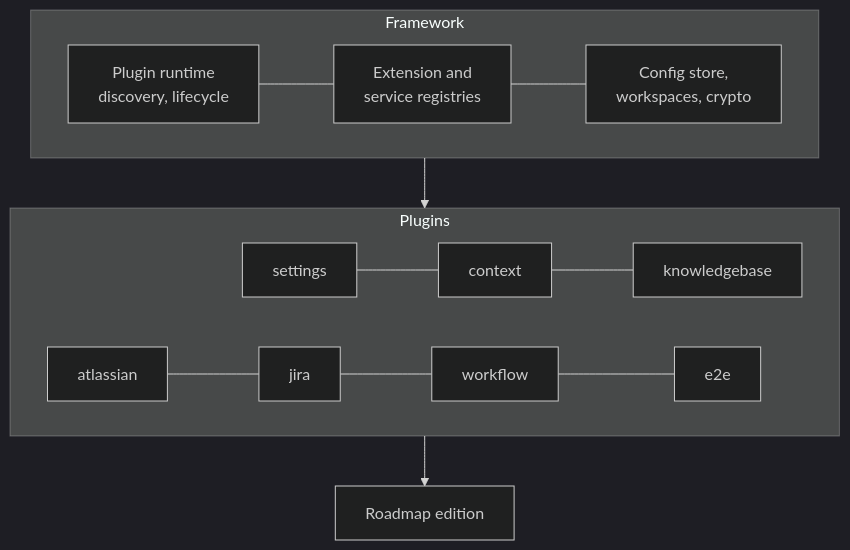
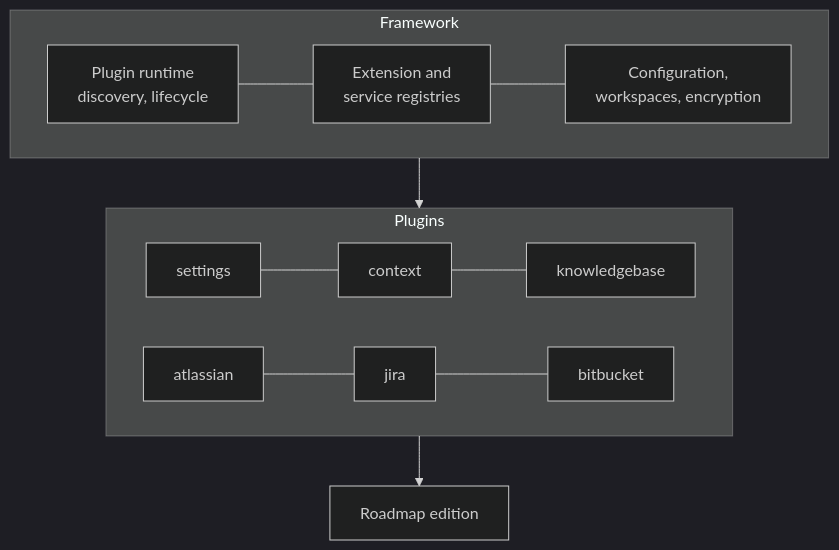
Before and after one commit to roadmap-mcp/roadmap-mcp.github.io: the diagram in docs/platform/index.md, drawn with Mermaid (dark theme). The commit also changed other lines of this file, not shown here.

````diff
--- a/docs/platform/index.md
+++ b/docs/platform/index.md
@@ -8,13 +9,13 @@
 ```mermaid
 flowchart TB
   subgraph Framework
     R[Plugin runtime<br/>discovery, lifecycle] --- X[Extension and<br/>service registries]
-    X --- C[Config store,<br/>workspaces, crypto]
+    X --- C[Configuration,<br/>workspaces, encryption]
   end
   subgraph Plugins
     S[settings] --- CT[context] --- KB[knowledgebase]
-    A[atlassian] --- J[jira] --- W[workflow] --- E[e2e]
+    A[atlassian] --- J[jira] --- B[bitbucket]
   end
   Framework --> Plugins
   Plugins --> APP[Roadmap edition]
 ```
````
